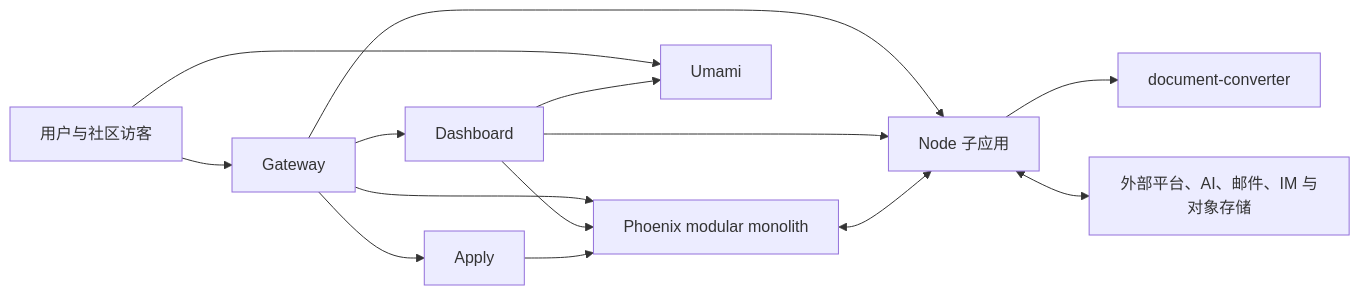
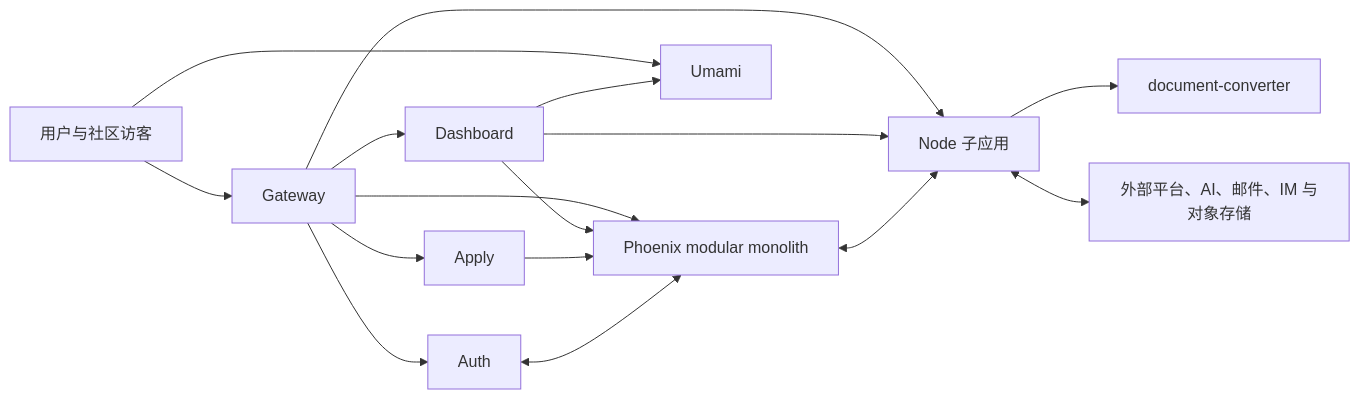
Before and after one commit to groupher/groupher: the diagram in docs/sub-apps/README.md, drawn with Mermaid. The commit also changed other lines of this file and 3 other files, not shown here.

````diff
--- a/docs/sub-apps/README.md
+++ b/docs/sub-apps/README.md
@@ -95,28 +105,31 @@
 ```mermaid
 flowchart LR
   User["用户与社区访客"]
   Dashboard["Dashboard"]
   Apply["Apply"]
+  Auth["Auth"]
   Gateway["Gateway"]
   Phoenix["Phoenix modular monolith"]
   Apps["Node 子应用"]
   Converter["document-converter"]
   Umami["Umami"]
   Providers["外部平台、AI、邮件、IM 与对象存储"]
 
   User --> Gateway
   Gateway --> Dashboard
   Gateway --> Apply
+  Gateway --> Auth
   Gateway --> Phoenix
   Gateway --> Apps
 
   Dashboard --> Phoenix
   Dashboard --> Apps
   Apply --> Phoenix
+  Auth <--> Phoenix
 
   Phoenix <--> Apps
   Apps --> Converter
   Apps <--> Providers
   User --> Umami
   Dashboard --> Umami
 ```
````
